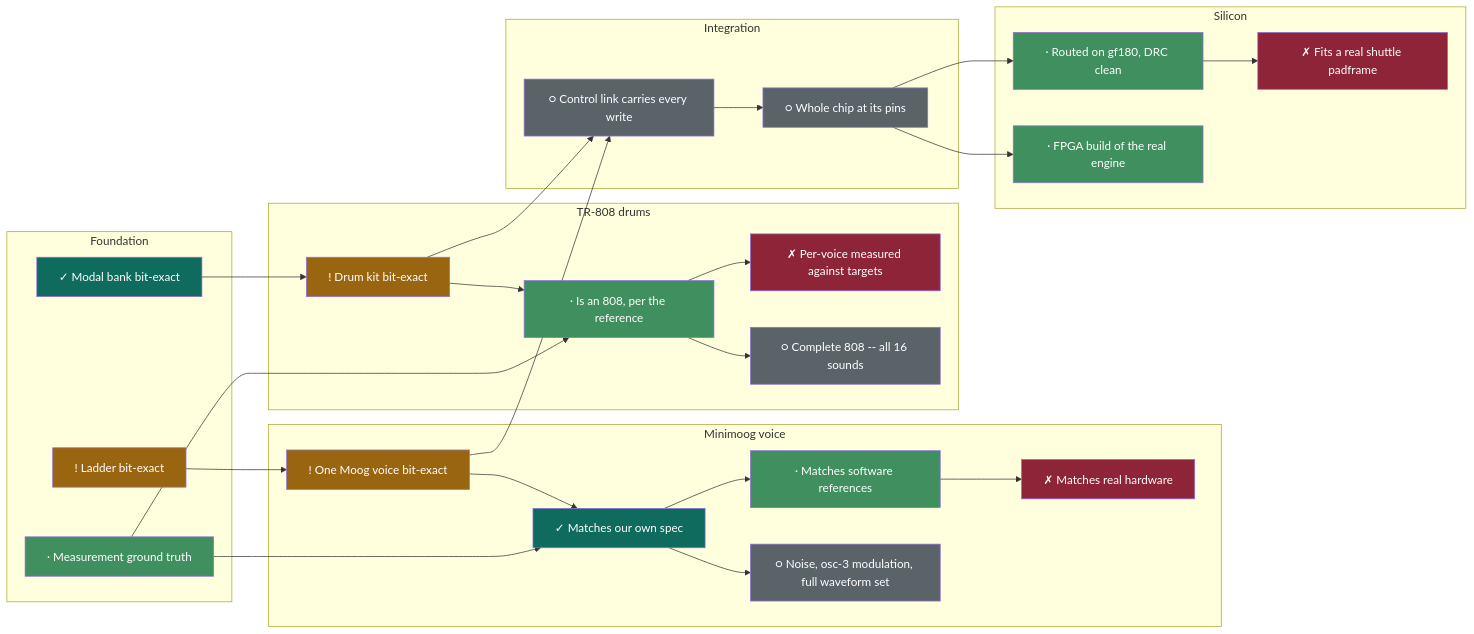
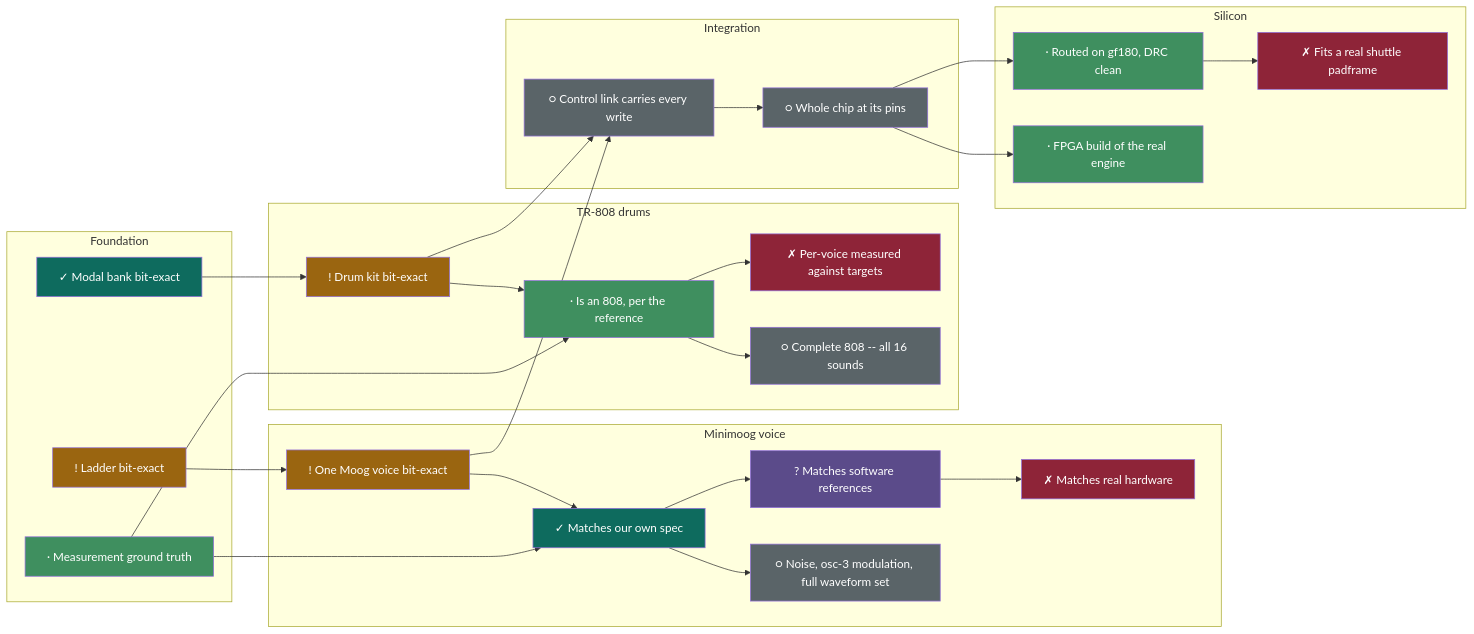
One commit to 2AMLogic/gf180-parasynth changed the diagram in README.md. Above: the diagram before and after it, drawn with Mermaid. The commit also changed other lines of this file and 7 other files, not shown here.

````diff
--- a/README.md
+++ b/README.md
@@ -66,64 +66,64 @@
 ```mermaid
 graph LR
   subgraph foundation["Foundation"]
     F1["! Ladder bit-exact"]
     F2["✓ Modal bank bit-exact"]
     F3["· Measurement ground truth"]
   end
   subgraph minimoog["Minimoog voice"]
     M1["! One Moog voice bit-exact"]
     M2["✓ Matches our own spec"]
-    M3["· Matches software references"]
+    M3["? Matches software references"]
     M4["✗ Matches real hardware"]
     M5["○ Noise, osc-3 modulation, full waveform set"]
   end
   subgraph drums["TR-808 drums"]
     D1["! Drum kit bit-exact"]
     D2["· Is an 808, per the reference"]
     D3["✗ Per-voice measured against targets"]
     D4["○ Complete 808 -- all 16 sounds"]
   end
   subgraph integration["Integration"]
     I1["○ Control link carries every write"]
     I2["○ Whole chip at its pins"]
   end
   subgraph silicon["Silicon"]
     S1["· Routed on gf180, DRC clean"]
     S2["✗ Fits a real shuttle padframe"]
     S3["· FPGA build of the real engine"]
   end
   F1 --> M1
   M1 --> M2
   F3 --> M2
   M2 --> M3
   M3 --> M4
   M2 --> M5
   F2 --> D1
   D1 --> D2
   F3 --> D2
   D2 --> D3
   D2 --> D4
   M1 --> I1
   D1 --> I1
   I1 --> I2
   I2 --> S1
   S1 --> S2
   I2 --> S3
   style F1 fill:#9A6510,color:#fff
   style F2 fill:#0E6B5E,color:#fff
   style F3 fill:#3f8f5f,color:#fff
   style M1 fill:#9A6510,color:#fff
   style M2 fill:#0E6B5E,color:#fff
-  style M3 fill:#3f8f5f,color:#fff
+  style M3 fill:#5B4B8A,color:#fff
   style M4 fill:#8E2438,color:#fff
   style M5 fill:#5a6468,color:#fff
   style D1 fill:#9A6510,color:#fff
   style D2 fill:#3f8f5f,color:#fff
   style D3 fill:#8E2438,color:#fff
   style D4 fill:#5a6468,color:#fff
   style I1 fill:#5a6468,color:#fff
   style I2 fill:#5a6468,color:#fff
   style S1 fill:#3f8f5f,color:#fff
   style S2 fill:#8E2438,color:#fff
   style S3 fill:#3f8f5f,color:#fff
 ```
````
